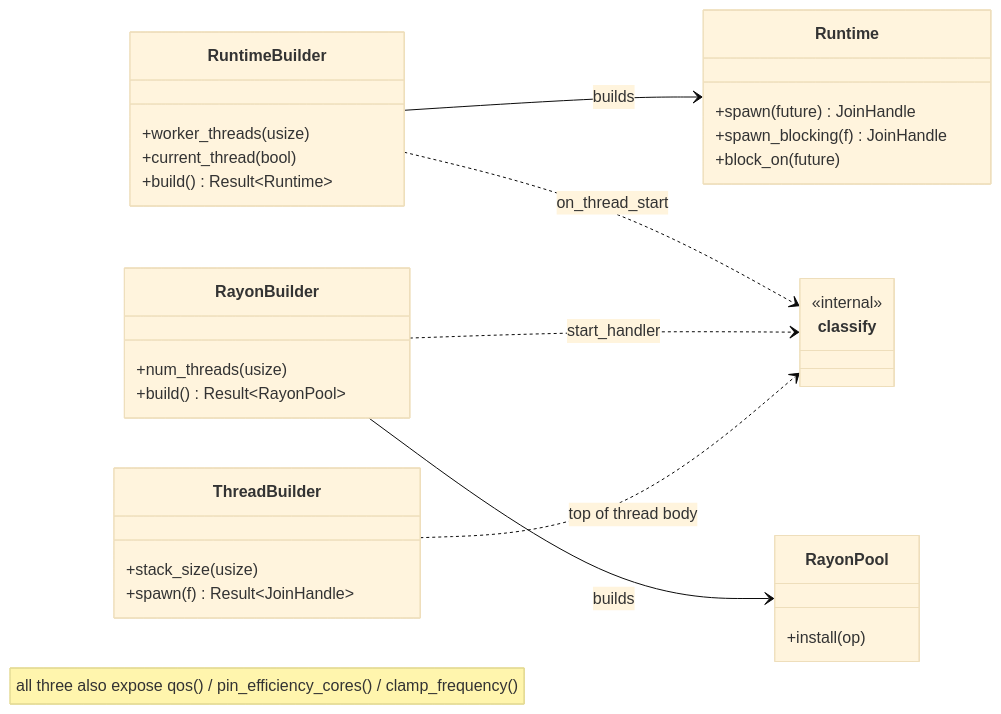
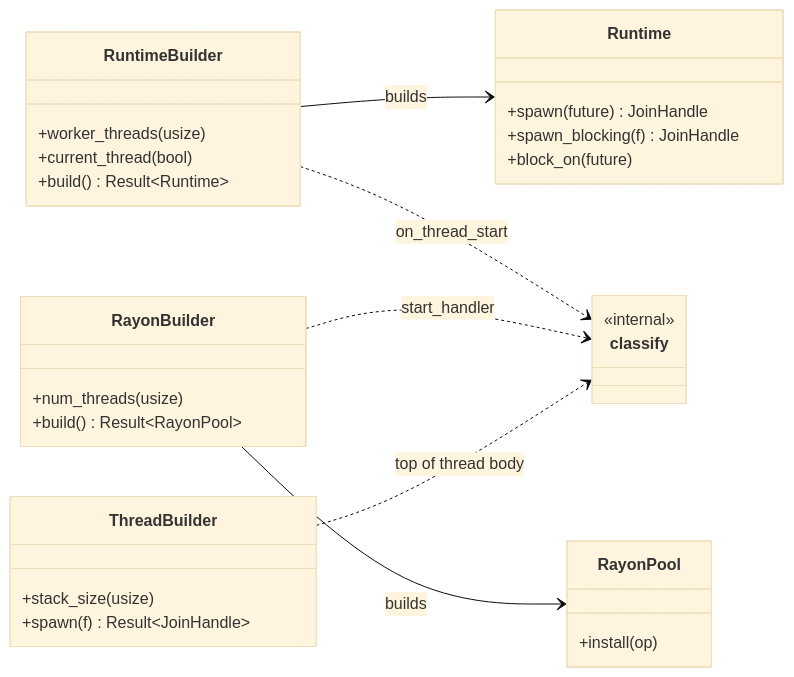
Before and after one commit to jrobhoward/bgrt: the first of 2 diagrams in docs/DESIGN.md, drawn with Mermaid (base theme). The commit also changed other lines of this file, not shown here.

Commit message:
Update design diagram

````diff
--- a/docs/DESIGN.md
+++ b/docs/DESIGN.md
@@ -133,43 +134,41 @@
 ```mermaid
 classDiagram
     direction LR
 
     class RuntimeBuilder {
         +worker_threads(usize)
         +current_thread(bool)
         +build() Result~Runtime~
     }
 
     class RayonBuilder {
         +num_threads(usize)
         +build() Result~RayonPool~
     }
 
     class ThreadBuilder {
         +stack_size(usize)
         +spawn(f) Result~JoinHandle~
     }
 
     class Runtime {
         +spawn(future) JoinHandle
         +spawn_blocking(f) JoinHandle
         +block_on(future)
     }
 
     class RayonPool {
         +install(op)
     }
 
     class classify {
         <<internal>>
     }
 
     RuntimeBuilder --> Runtime : builds
     RayonBuilder --> RayonPool : builds
 
     RuntimeBuilder ..> classify : on_thread_start
     RayonBuilder ..> classify : start_handler
     ThreadBuilder ..> classify : top of thread body
-
-    note "all three also expose qos() / pin_efficiency_cores() / clamp_frequency()"
 ```
````
